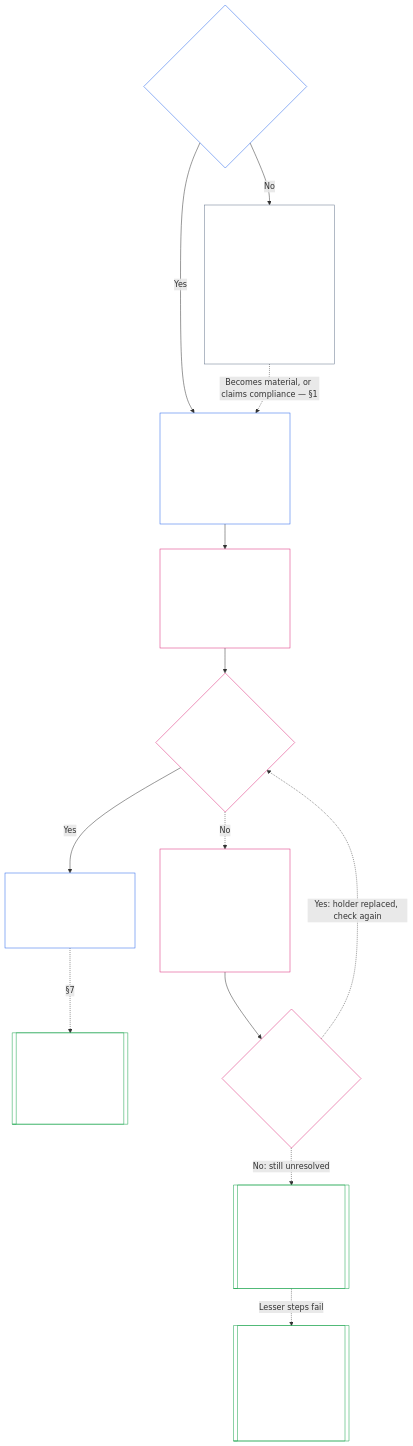
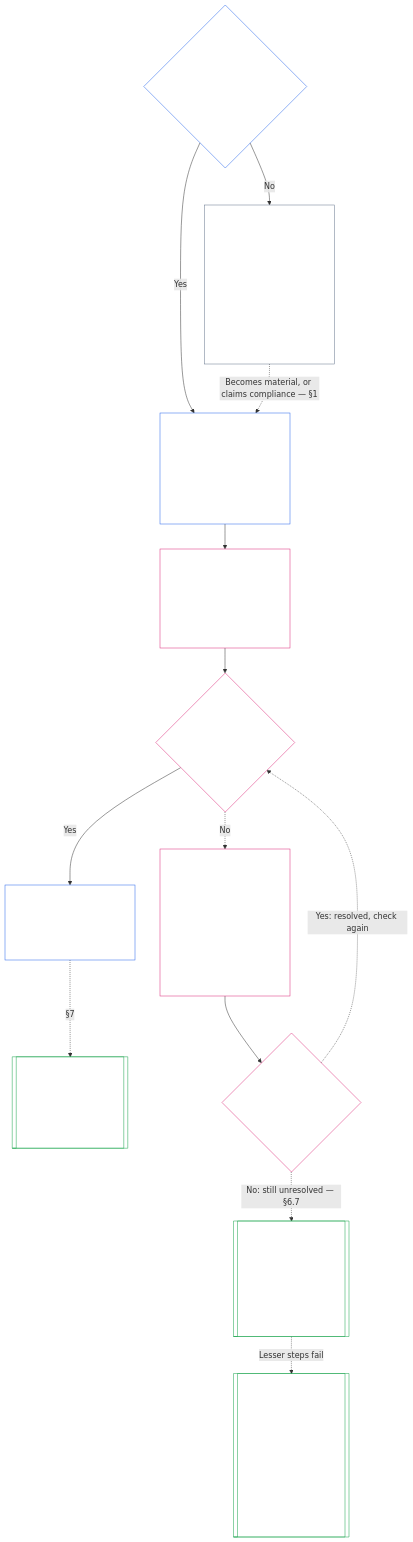
Before and after one commit to kfoelsch/Sentient_Constitution: the diagram in core_07.000_charters.md, drawn with Mermaid. The commit also changed other lines of this file and 6 other files, not shown here.

First line of the commit message:
docs(ch07): match section 1.7 chart labels to section 6

````diff
--- a/core_07.000_charters.md
+++ b/core_07.000_charters.md
@@ -229,37 +229,37 @@
 ```mermaid
 flowchart TB
     Q{"§1 Could what you do materially affect other people?<br/>(Class L or higher)"}
     C["§3, §4 Publish its System Charter or<br/>Institutional Charter<br/><br/>Purpose, limits, who relies on it,<br/>who changes it, who holds each seat"]
     H["§5 Publish the office-holder statement<br/><br/>Who holds the key offices, who controls<br/>them, how they are rewarded"]
     K["§7 Keep it true<br/><br/>Review on schedule<br/>Fix any mismatch in the open"]
     X[["Chapter Nine — Alignment certification<br/><br/>Checks the scope against real operation<br/><br/>Outside this chapter"]]
     P["Class P: a System Charter or<br/>Institutional Charter is voluntary<br/><br/>Publishing one creates no duty<br/>under this chapter<br/><br/>§2 You don't need anyone's permission to start"]
     D{"§5 Does the formation check pass?"}
-    F["§6 A holder fails the formation check<br/><br/>Replace that sentient, not the Chartered Party<br/>A short window to answer,<br/>a longer one to resolve it"]
+    F["§6 A holder fails the formation check<br/><br/>Fix the failure, not the Chartered Party:<br/>replace the holder, or fix the cause<br/>A short window to answer,<br/>a longer one to resolve it"]
     W{"§6 Is the resolution window still open?"}
-    R[["CI-11.210 and CI-11.215 — Consequence review<br/><br/>Lightest step that protects others<br/><br/>Outside this chapter"]]
-    E[["CI-11.215 and CI-11.210 — Contract below Class L, or dissolve<br/><br/>Dissolution only as a last step<br/><br/>Outside this chapter"]]
+    R[["CI-11.210 and CI-11.215 — Structural review<br/><br/>Only a forum decides<br/>Lightest step that protects others<br/><br/>Outside this chapter"]]
+    E[["CI-11.210 and CI-11.215 — Contract below Class L, or dissolve<br/><br/>Dissolution only as a last step<br/>§6.5 A dissolved Chartered Party may<br/>not return while the lock stands<br/><br/>Outside this chapter"]]
     Q -->|"Yes"| C
     Q -->|"No"| P
     P -.->|"Becomes material, or claims compliance — §1"| C
     C --> H
     H --> D
     D -->|"Yes"| K
     D -.->|"No"| F
     F --> W
-    W -.->|"Yes: holder replaced, check again"| D
-    W -.->|"No: still unresolved"| R
+    W -.->|"Yes: resolved, check again"| D
+    W -.->|"No: still unresolved — §6.7"| R
     R -.->|"Lesser steps fail"| E
     K -.->|"§7"| X
     style Q fill:none,stroke:#2563eb,color:#ffffff
     style C fill:none,stroke:#2563eb,color:#ffffff
     style H fill:none,stroke:#db2777,color:#ffffff
     style K fill:none,stroke:#2563eb,color:#ffffff
     style X fill:none,stroke:#16a34a,color:#ffffff
     style P fill:none,stroke:#64748b,color:#ffffff
     style D fill:none,stroke:#db2777,color:#ffffff
     style F fill:none,stroke:#db2777,color:#ffffff
     style W fill:none,stroke:#db2777,color:#ffffff
     style R fill:none,stroke:#16a34a,color:#ffffff
     style E fill:none,stroke:#16a34a,color:#ffffff
 ```
````
